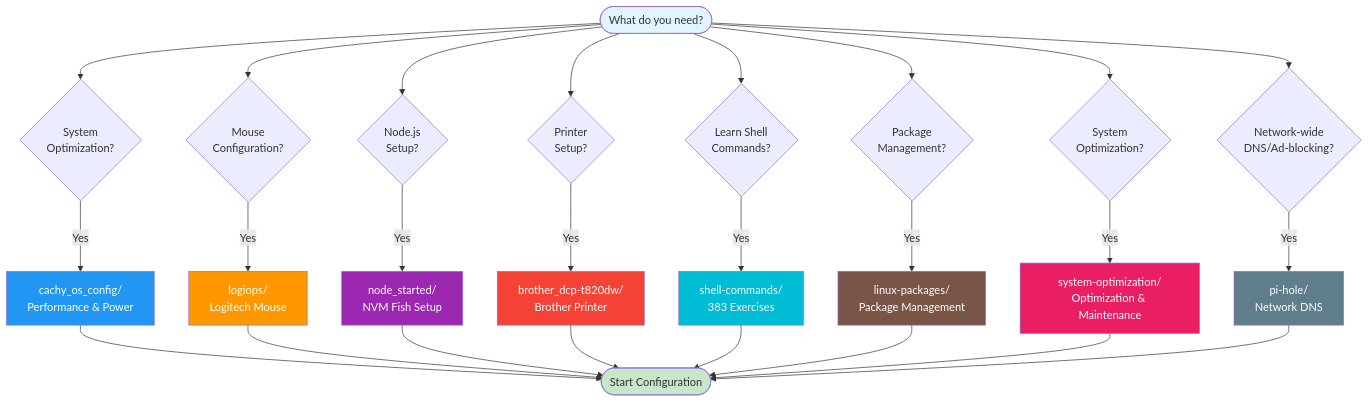
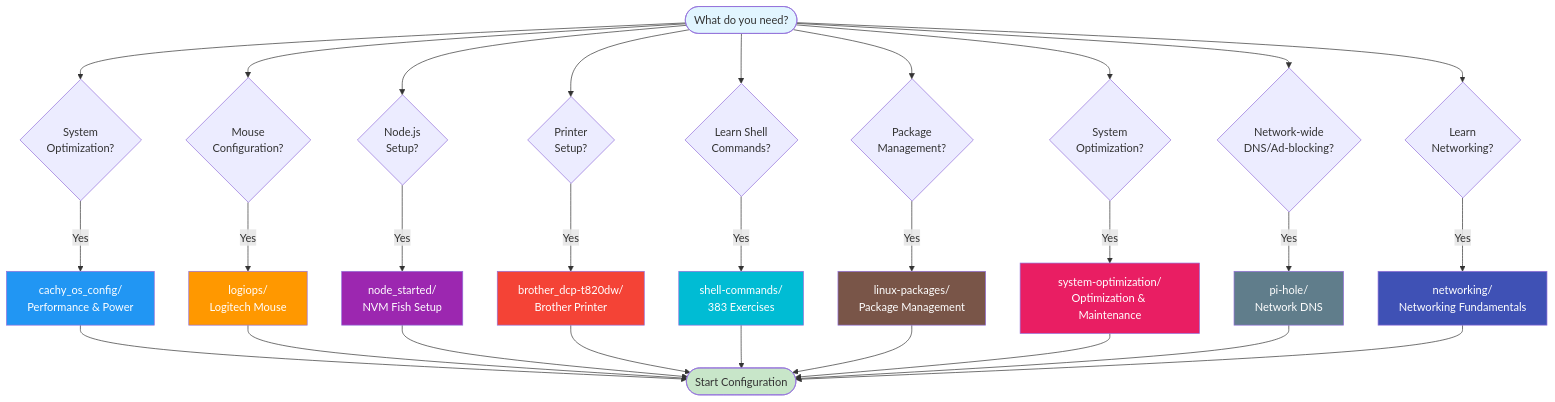
The third of 3 diagrams in README.md (cjmaaz/ArchStarterPack), drawn with Mermaid before and after one commit. The commit also changed other lines of this file and 35 other files, not shown here.

````diff
--- a/README.md
+++ b/README.md
@@ -868,46 +894,51 @@
 ```mermaid
 flowchart TD
     Start([What do you need?]) --> Need1{System<br/>Optimization?}
     Need1 -->|Yes| CachyOS[cachy_os_config/<br/>Performance & Power]
 
     Start --> Need2{Mouse<br/>Configuration?}
     Need2 -->|Yes| LogiOps[logiops/<br/>Logitech Mouse]
 
     Start --> Need3{Node.js<br/>Setup?}
     Need3 -->|Yes| NodeJS[node_started/<br/>NVM Fish Setup]
 
     Start --> Need4{Printer<br/>Setup?}
     Need4 -->|Yes| Printer[brother_dcp-t820dw/<br/>Brother Printer]
 
     Start --> Need5{Learn Shell<br/>Commands?}
     Need5 -->|Yes| Shell[shell-commands/<br/>383 Exercises]
 
     Start --> Need6{Package<br/>Management?}
     Need6 -->|Yes| Packages[linux-packages/<br/>Package Management]
 
     Start --> Need7{System<br/>Optimization?}
     Need7 -->|Yes| Optimization[system-optimization/<br/>Optimization & Maintenance]
 
     Start --> Need8{Network-wide<br/>DNS/Ad-blocking?}
     Need8 -->|Yes| PiHole[pi-hole/<br/>Network DNS]
 
+    Start --> Need9{Learn<br/>Networking?}
+    Need9 -->|Yes| Networking[networking/<br/>Networking Fundamentals]
+
     CachyOS --> End([Start Configuration])
     LogiOps --> End
     NodeJS --> End
     Printer --> End
     Shell --> End
     Packages --> End
     Optimization --> End
     PiHole --> End
+    Networking --> End
 
     style Start fill:#e1f5ff
     style End fill:#c8e6c9
     style CachyOS fill:#2196f3,color:#fff
     style LogiOps fill:#ff9800,color:#fff
     style NodeJS fill:#9c27b0,color:#fff
     style Printer fill:#f44336,color:#fff
     style Shell fill:#00bcd4,color:#fff
     style Packages fill:#795548,color:#fff
     style Optimization fill:#e91e63,color:#fff
     style PiHole fill:#607d8b,color:#fff
+    style Networking fill:#3f51b5,color:#fff
 ```
````
